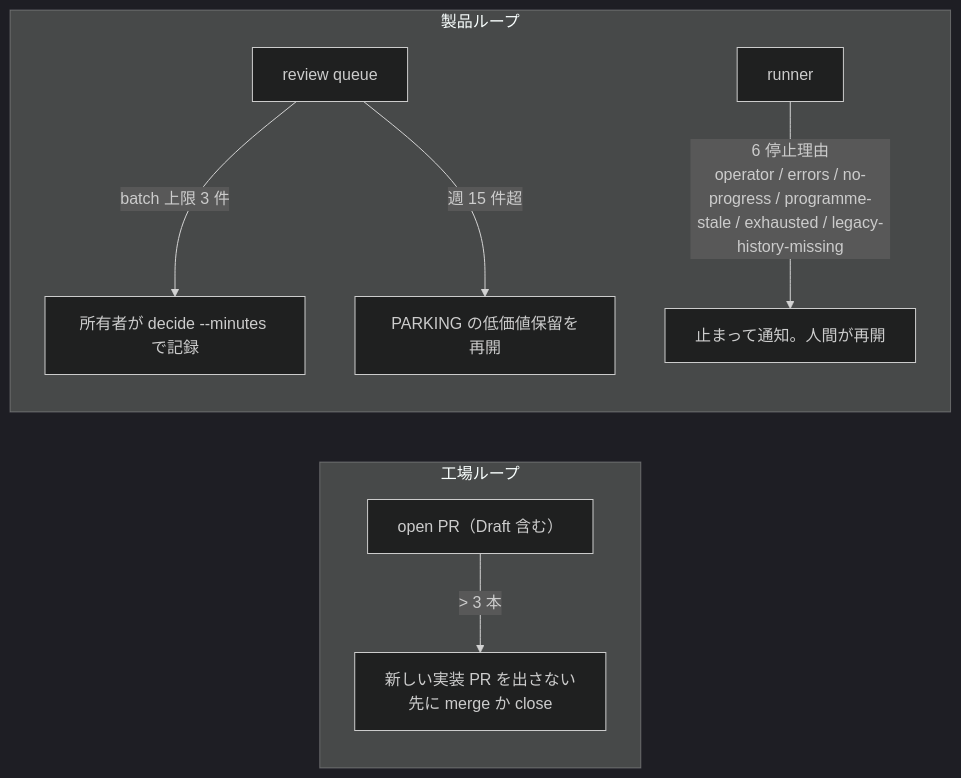
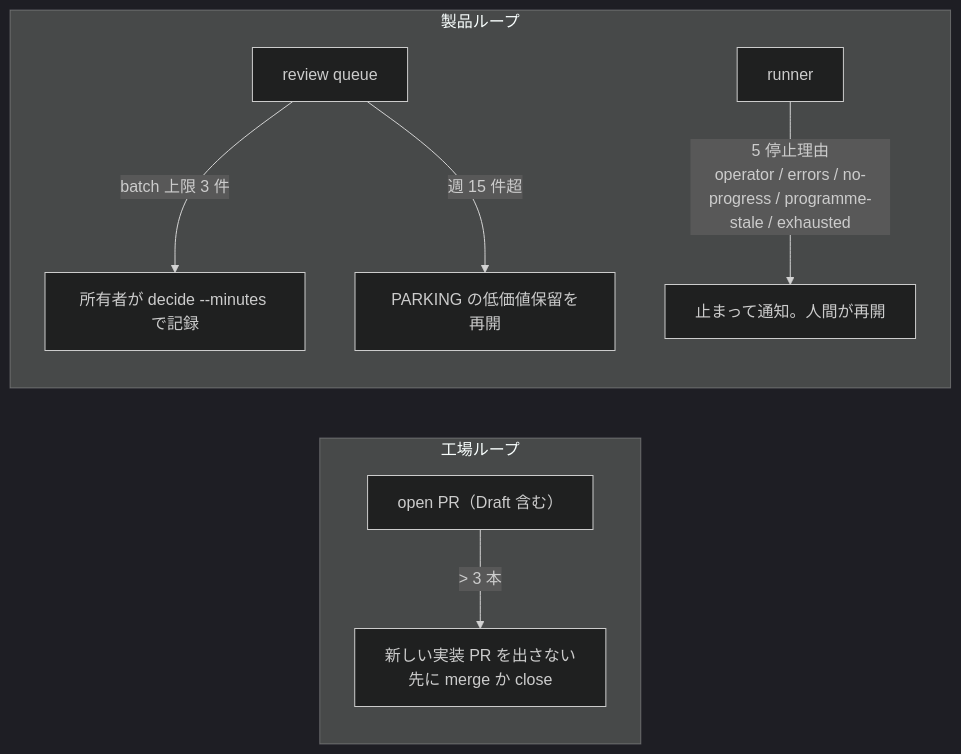
The fifth of 6 diagrams in docs/FACTORY.md (momoponwork1415-lgtm/wordpress-bounty-harness), drawn with Mermaid (dark theme) before and after one commit. The commit also changed other lines of this file and 37 other files, not shown here.

````diff
--- a/docs/FACTORY.md
+++ b/docs/FACTORY.md
@@ -118,11 +118,11 @@
 ```mermaid
 flowchart LR
   subgraph DEV["工場ループ"]
     P["open PR（Draft 含む）"] -->|"> 3 本"| STOP1["新しい実装 PR を出さない<br/>先に merge か close"]
   end
   subgraph REV["製品ループ"]
     Q["review queue"] -->|batch 上限 3 件| STOP2["所有者が decide --minutes で記録"]
     Q -->|"週 15 件超"| STOP3["PARKING の低価値保留を再開"]
-    RUN["runner"] -->|"6 停止理由<br/>operator / errors / no-progress / programme-stale / exhausted / legacy-history-missing"| STOP4["止まって通知。人間が再開"]
+    RUN["runner"] -->|"5 停止理由<br/>operator / errors / no-progress / programme-stale / exhausted"| STOP4["止まって通知。人間が再開"]
   end
 ```
````
